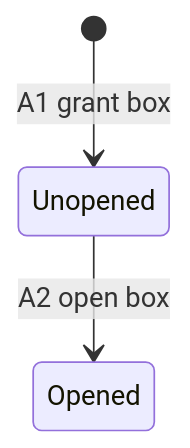
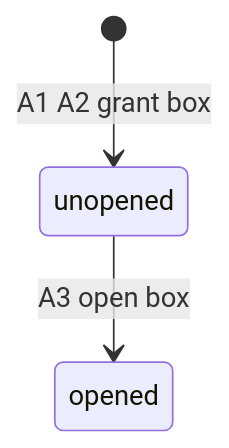
Before and after one commit to hailv-3571/agentic-coding-hands-on: the tenth of 11 diagrams in docs/features/F010_SecretBoxRewards/technical-spec.md, drawn with Mermaid. The commit also changed other lines of this file and 152 other files, not shown here.

````diff
--- a/docs/features/F010_SecretBoxRewards/technical-spec.md
+++ b/docs/features/F010_SecretBoxRewards/technical-spec.md
@@ -408,5 +649,5 @@
 ```mermaid
 stateDiagram-v2
-    [*] --> Unopened : A1 grant box
-    Unopened --> Opened : A2 open box
+    [*] --> unopened : A1 A2 grant box
+    unopened --> opened : A3 open box
 ```
````
